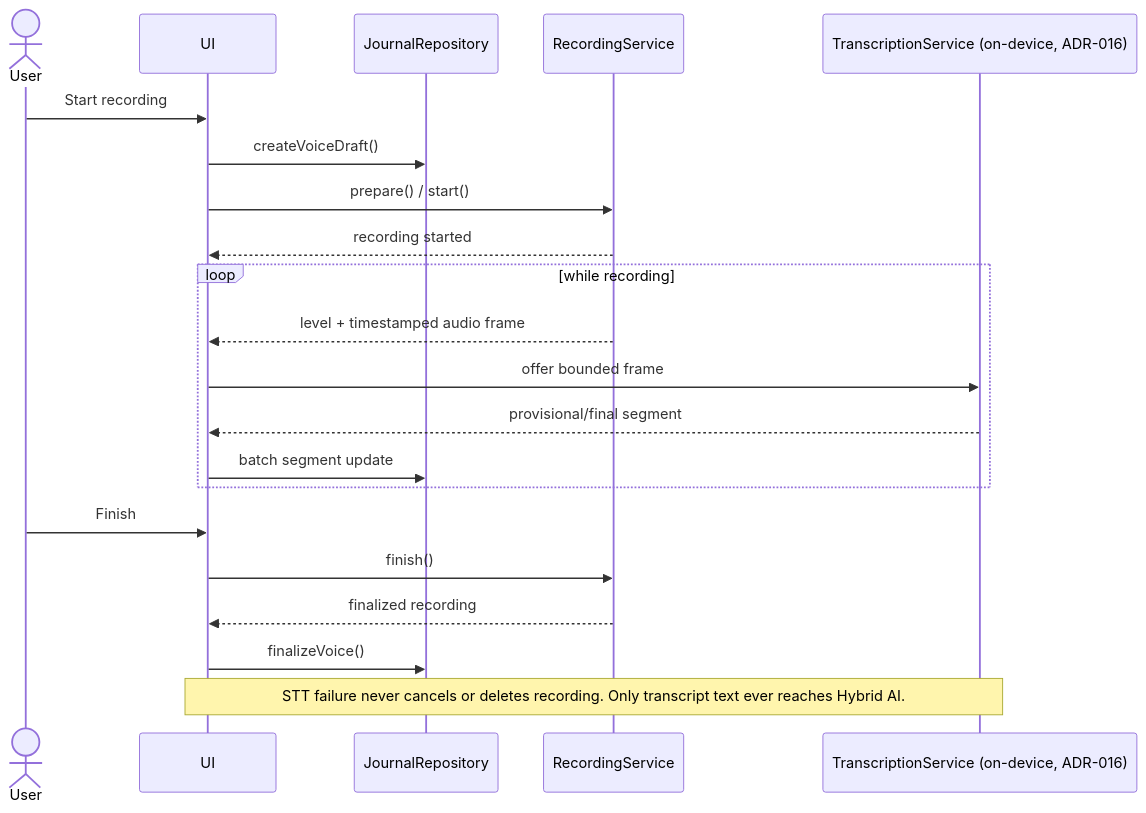
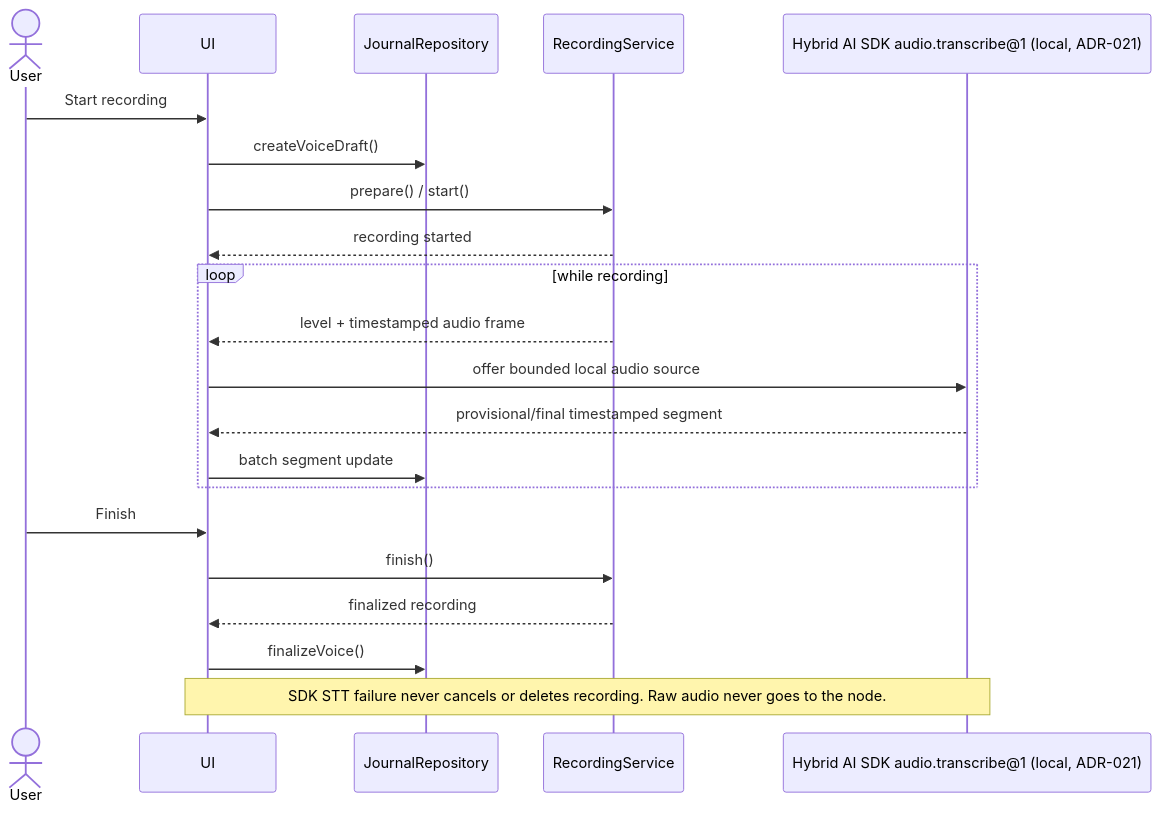
One commit to ashrithyvs/audio-journal changed the third of 10 diagrams in docs/uml-diagrams.md. Above: the diagram before and after it, drawn with Mermaid. The commit also changed other lines of this file and 11 other files, not shown here.

````diff
--- a/docs/uml-diagrams.md
+++ b/docs/uml-diagrams.md
@@ -45,24 +45,24 @@
 ```mermaid
 sequenceDiagram
     actor User
     participant UI
     participant Repo as JournalRepository
     participant Rec as RecordingService
-    participant STT as TranscriptionService (on-device, ADR-016)
+    participant SDK as Hybrid AI SDK audio.transcribe@1 (local, ADR-021)
 
     User->>UI: Start recording
     UI->>Repo: createVoiceDraft()
     UI->>Rec: prepare() / start()
     Rec-->>UI: recording started
     loop while recording
         Rec-->>UI: level + timestamped audio frame
-        UI->>STT: offer bounded frame
-        STT-->>UI: provisional/final segment
+        UI->>SDK: offer bounded local audio source
+        SDK-->>UI: provisional/final timestamped segment
         UI->>Repo: batch segment update
     end
     User->>UI: Finish
     UI->>Rec: finish()
     Rec-->>UI: finalized recording
     UI->>Repo: finalizeVoice()
-    Note over UI,STT: STT failure never cancels or deletes recording. Only transcript text ever reaches Hybrid AI.
+    Note over UI,SDK: SDK STT failure never cancels or deletes recording. Raw audio never goes to the node.
 ```
````
